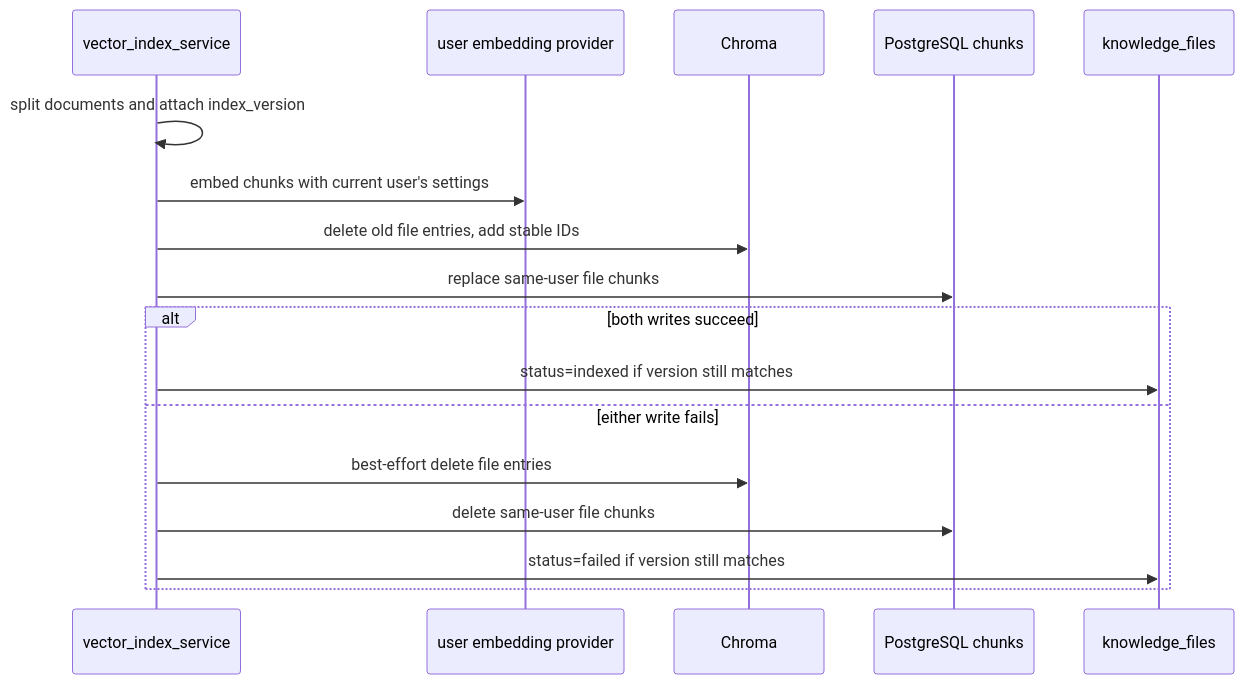
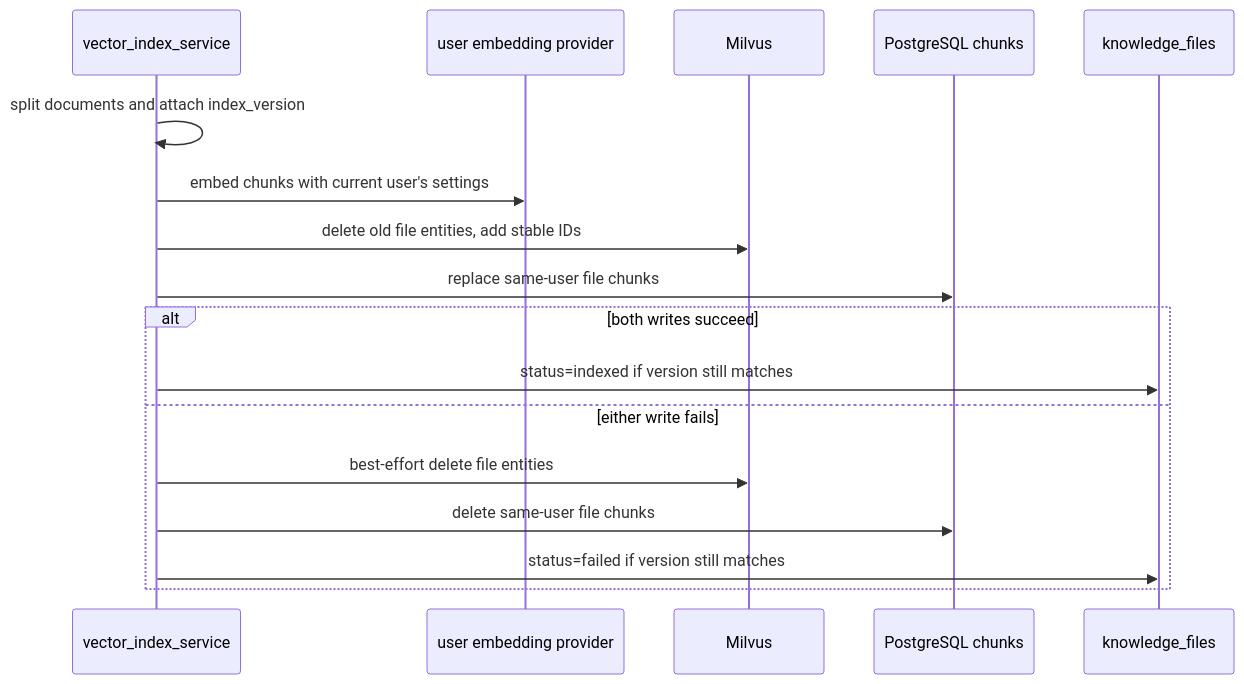
One commit to Looball/firstRag changed the sixth of 6 diagrams in docs/tutorials/FILE_INGESTION_AND_INDEXING.md. Above: the diagram before and after it, drawn with Mermaid. The commit also changed other lines of this file and 36 other files, not shown here.

First line of the commit message:
feat: switch default vector store to Milvus (#59)

````diff
--- a/docs/tutorials/FILE_INGESTION_AND_INDEXING.md
+++ b/docs/tutorials/FILE_INGESTION_AND_INDEXING.md
@@ -463,20 +463,20 @@
 ```mermaid
 sequenceDiagram
     participant Indexer as vector_index_service
     participant Embed as user embedding provider
-    participant Chroma as Chroma
+    participant Vector as Milvus
     participant PG as PostgreSQL chunks
     participant File as knowledge_files
 
     Indexer->>Indexer: split documents and attach index_version
     Indexer->>Embed: embed chunks with current user's settings
-    Indexer->>Chroma: delete old file entries, add stable IDs
+    Indexer->>Vector: delete old file entities, add stable IDs
     Indexer->>PG: replace same-user file chunks
     alt both writes succeed
         Indexer->>File: status=indexed if version still matches
     else either write fails
-        Indexer->>Chroma: best-effort delete file entries
+        Indexer->>Vector: best-effort delete file entities
         Indexer->>PG: delete same-user file chunks
         Indexer->>File: status=failed if version still matches
     end
 ```
````
